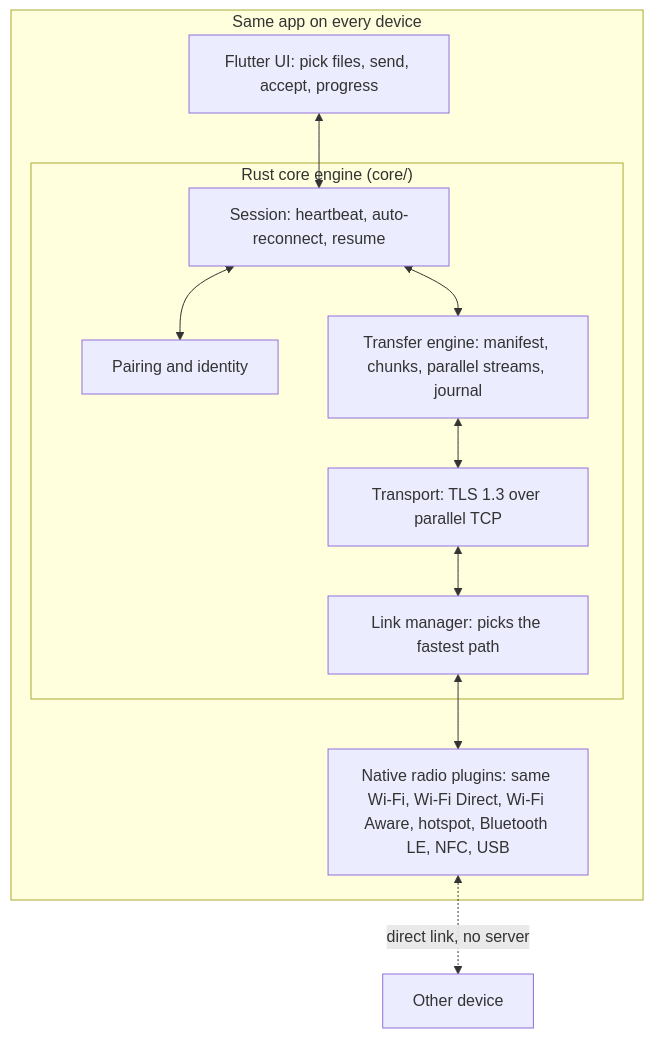
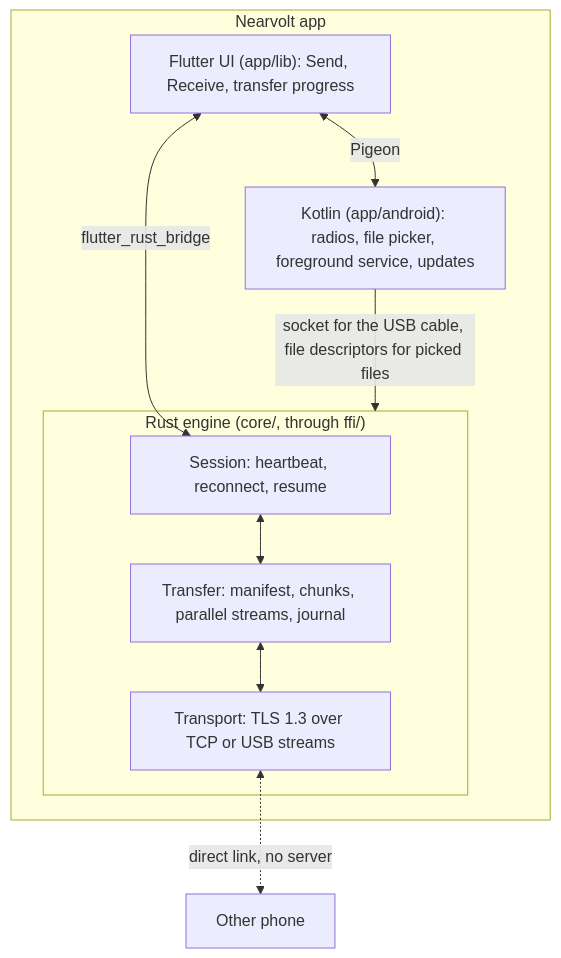
Before and after one commit to vishalpa8/Nearvolt: the first of 3 diagrams in docs/architecture.md, drawn with Mermaid. The commit also changed other lines of this file and 5 other files, not shown here.

Commit message:
Docs for the Android app, code pairing, USB, releases and device tests

````diff
--- a/docs/architecture.md
+++ b/docs/architecture.md
@@ -17,21 +17,18 @@
 ```mermaid
 flowchart TB
-    subgraph App["Same app on every device"]
-        UI["Flutter UI: pick files, send, accept, progress"]
-        subgraph Core["Rust core engine (core/)"]
-            Session["Session: heartbeat, auto-reconnect, resume"]
-            Pairing["Pairing and identity"]
-            Engine["Transfer engine: manifest, chunks, parallel streams, journal"]
-            Transport["Transport: TLS 1.3 over parallel TCP"]
-            Links["Link manager: picks the fastest path"]
+    subgraph App["Nearvolt app"]
+        UI["Flutter UI (app/lib): Send, Receive, transfer progress"]
+        subgraph Core["Rust engine (core/, through ffi/)"]
+            Session["Session: heartbeat, reconnect, resume"]
+            Engine["Transfer: manifest, chunks, parallel streams, journal"]
+            Transport["Transport: TLS 1.3 over TCP or USB streams"]
         end
-        Radios["Native radio plugins: same Wi-Fi, Wi-Fi Direct, Wi-Fi Aware, hotspot, Bluetooth LE, NFC, USB"]
+        Platform["Kotlin (app/android): radios, file picker, foreground service, updates"]
     end
-    UI <--> Session
-    Session <--> Pairing
+    UI <-->|flutter_rust_bridge| Session
+    UI <-->|Pigeon| Platform
     Session <--> Engine
     Engine <--> Transport
-    Transport <--> Links
-    Links <--> Radios
-    Radios <-.->|"direct link, no server"| Other["Other device"]
+    Platform -->|"socket for the USB cable, file descriptors for picked files"| Core
+    Transport <-.->|"direct link, no server"| Other["Other phone"]
 ```
````
